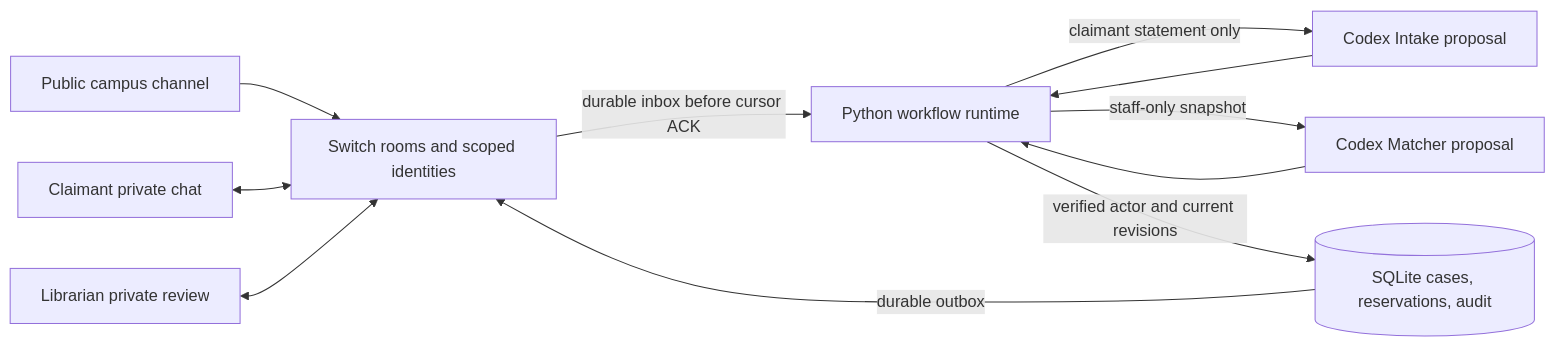
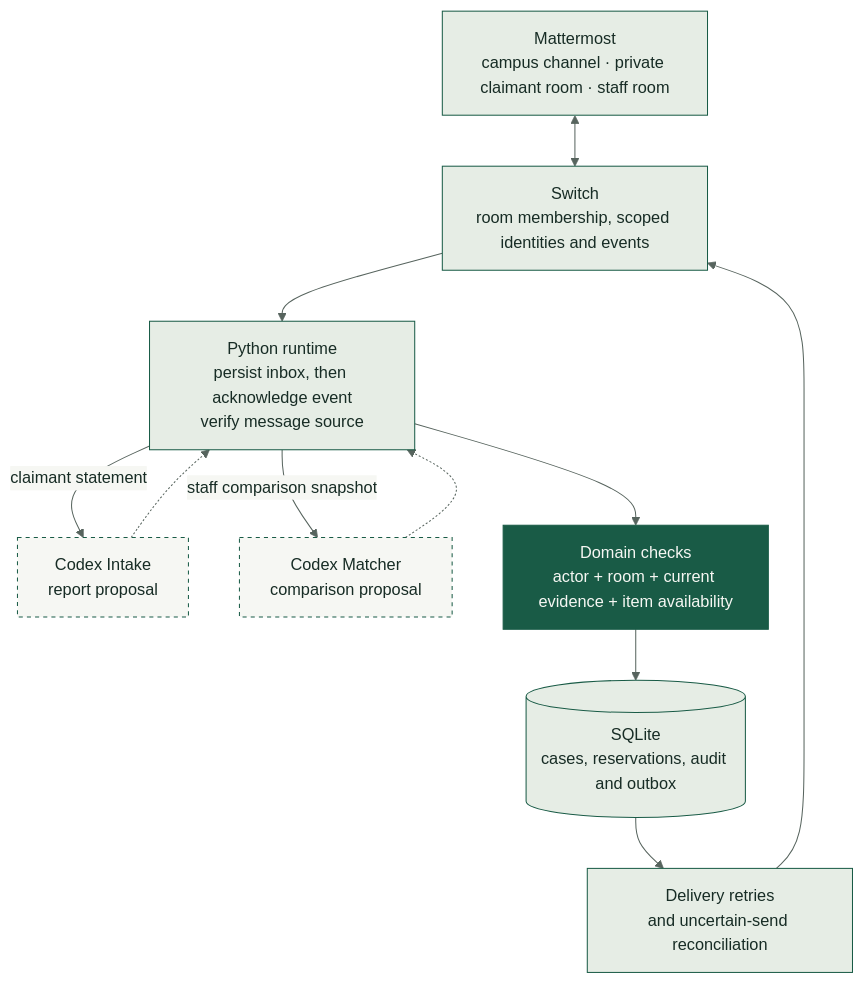
One commit to findback-org/findback changed the second of 2 diagrams in README.md. Above: the diagram before and after it, drawn with Mermaid. The commit also changed other lines of this file and 4 other files, not shown here.

Commit message:
Present FindBack with workflow visuals and evidence

````diff
--- a/README.md
+++ b/README.md
@@ -67,13 +66,19 @@
 ```mermaid
-flowchart LR
-    Campus[Public campus channel] --> Switch[Switch rooms and scoped identities]
-    Claimant[Claimant private chat] <--> Switch
-    Staff[Librarian private review] <--> Switch
-    Switch -->|durable inbox before cursor ACK| Runtime[Python workflow runtime]
-    Runtime -->|claimant statement only| Intake[Codex Intake proposal]
-    Runtime -->|staff-only snapshot| Matcher[Codex Matcher proposal]
-    Intake --> Runtime
-    Matcher --> Runtime
-    Runtime -->|verified actor and current revisions| DB[(SQLite cases, reservations, audit)]
-    DB -->|durable outbox| Switch
+%%{init: {"theme":"base","themeVariables":{"primaryColor":"#e6ede5","primaryTextColor":"#172c25","primaryBorderColor":"#195b46","lineColor":"#57645e","secondaryColor":"#f6f7f3","tertiaryColor":"#f6f7f3"}}}%%
+flowchart TB
+    Chat["Mattermost<br/>campus channel · private claimant room · staff room"]
+    Chat <--> Switch["Switch<br/>room membership, scoped identities and events"]
+    Switch --> Runtime["Python runtime<br/>persist inbox, then acknowledge event<br/>verify message source"]
+    Runtime -->|"claimant statement"| Intake["Codex Intake<br/>report proposal"]
+    Runtime -->|"staff comparison snapshot"| Matcher["Codex Matcher<br/>comparison proposal"]
+    Intake -.-> Runtime
+    Matcher -.-> Runtime
+    Runtime --> Rules["Domain checks<br/>actor + room + current evidence + item availability"]
+    Rules --> Store[("SQLite<br/>cases, reservations, audit and outbox")]
+    Store --> Delivery["Delivery retries<br/>and uncertain-send reconciliation"]
+    Delivery --> Switch
+    classDef authority fill:#195b46,color:#f6f7f3,stroke:#195b46
+    classDef proposal fill:#f6f7f3,color:#172c25,stroke:#195b46,stroke-dasharray:4 4
+    class Rules authority
+    class Intake,Matcher proposal
 ```
````
